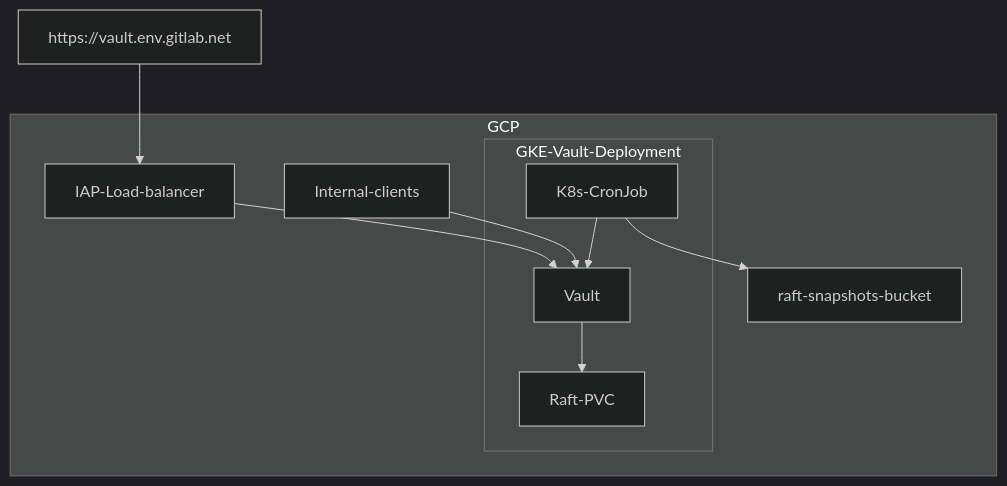
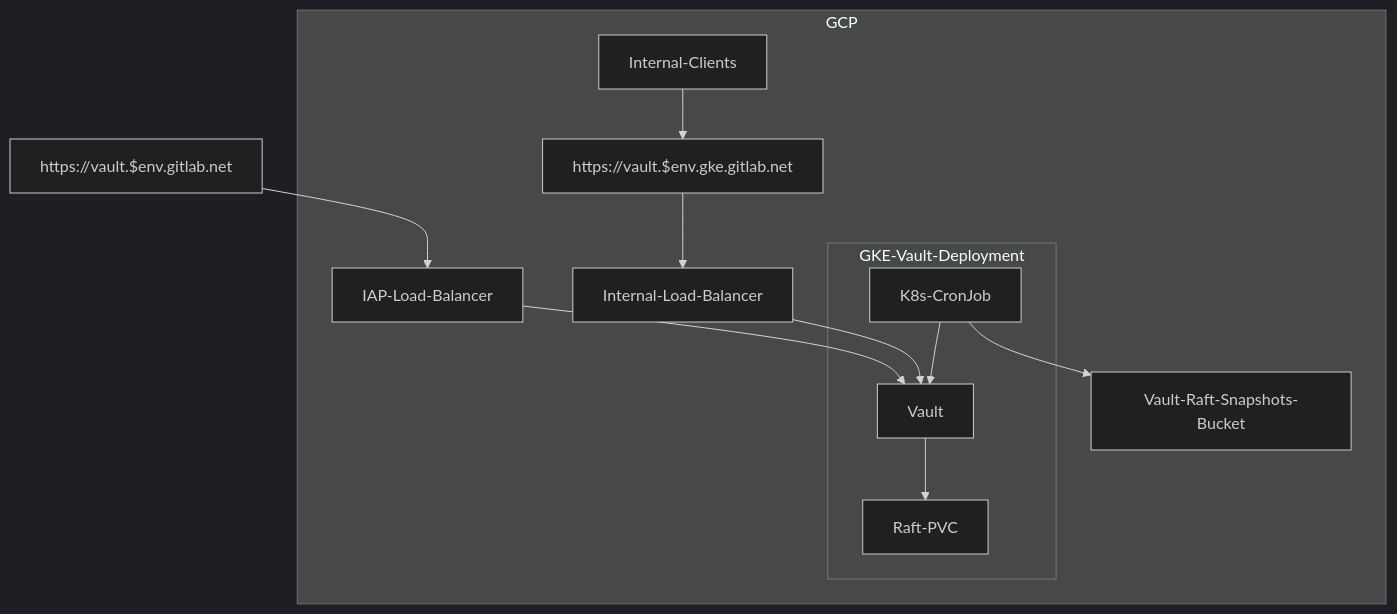
One commit to mattrussi/gitlab-com-runbooks changed the first of 2 diagrams in docs/vault/vault.md. Above: the diagram before and after it, drawn with Mermaid (dark theme). The commit also changed other lines of this file, not shown here.

Commit message:
feat: complete the Vault documentation

````diff
--- a/docs/vault/vault.md
+++ b/docs/vault/vault.md
@@ -20,25 +20,27 @@
 ```mermaid
 graph TB
 
-https://vault.env.gitlab.net
+https://vault.$env.gitlab.net
 
 subgraph GCP
 
-  IAP-Load-balancer
-  Internal-clients
-  raft-snapshots-bucket
+  https://vault.$env.gke.gitlab.net
+  IAP-Load-Balancer
+  Internal-Clients
+  Internal-Load-Balancer
+  Vault-Raft-Snapshots-Bucket
 
   subgraph GKE-Vault-Deployment
     Vault
     Raft-PVC
     K8s-CronJob
   end
 
 end
 
-https://vault.env.gitlab.net --> IAP-Load-balancer --> Vault
-Internal-clients --> Vault
+https://vault.$env.gitlab.net --> IAP-Load-Balancer --> Vault
+Internal-Clients --> https://vault.$env.gke.gitlab.net --> Internal-Load-Balancer --> Vault
 Vault --> Raft-PVC
 K8s-CronJob --> Vault
-K8s-CronJob --> raft-snapshots-bucket
+K8s-CronJob --> Vault-Raft-Snapshots-Bucket
 ```
````
